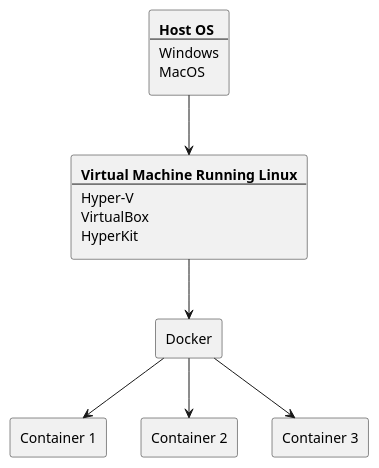
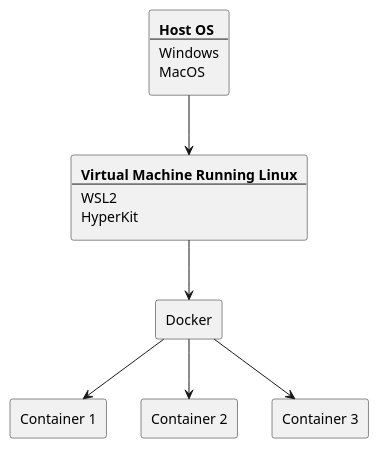
One commit to rxt1077/IS601 changed the diagram in docs/slides/tools.adoc. Above: the diagram before and after it, drawn with PlantUML. The commit also changed other lines of this file and 183 other files, not shown here.

```diff
--- a/docs/slides/tools.adoc
+++ b/docs/slides/tools.adoc
@@ -140,28 +140,27 @@
 [plantuml, container]
 ....
 @startuml
 rectangle host [
     <b>Host OS
     ---
     Windows
     MacOS
 ]
 rectangle vm [
     <b>Virtual Machine Running Linux
     ---
-    Hyper-V
-    VirtualBox
+    WSL2
     HyperKit
 ]
 rectangle docker as "Docker"
 rectangle container1 as "Container 1"
 rectangle container2 as "Container 2"
 rectangle container3 as "Container 3"
 
 host --> vm
 vm --> docker
 docker --> container1
 docker --> container2
 docker --> container3
 @enduml
 ....
```
